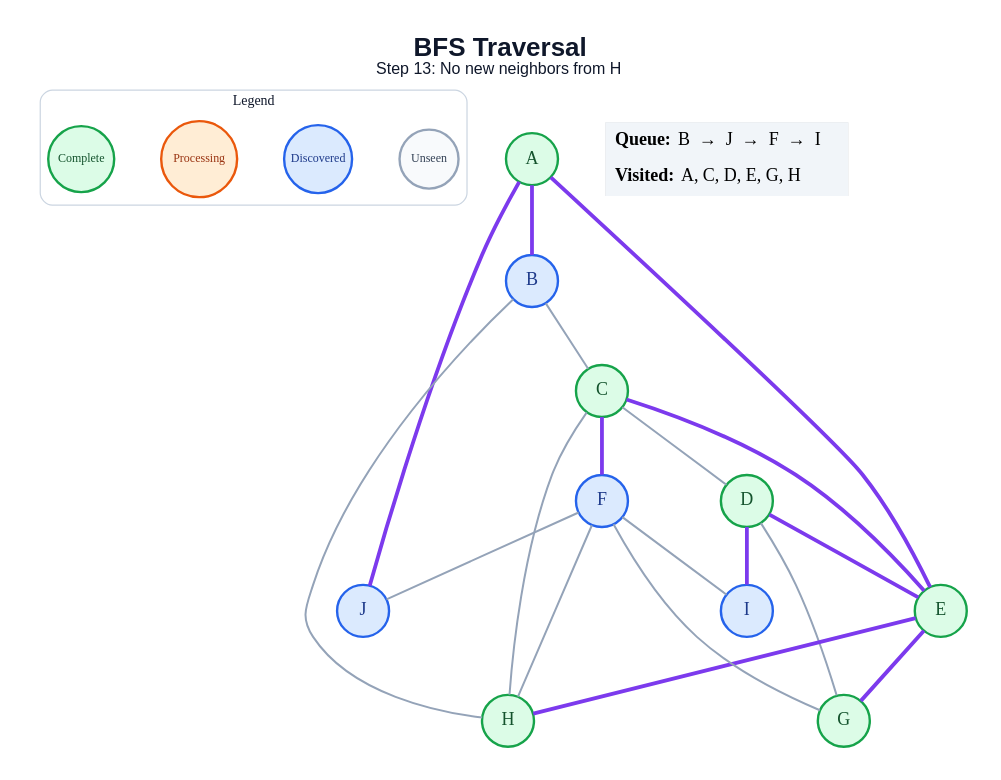
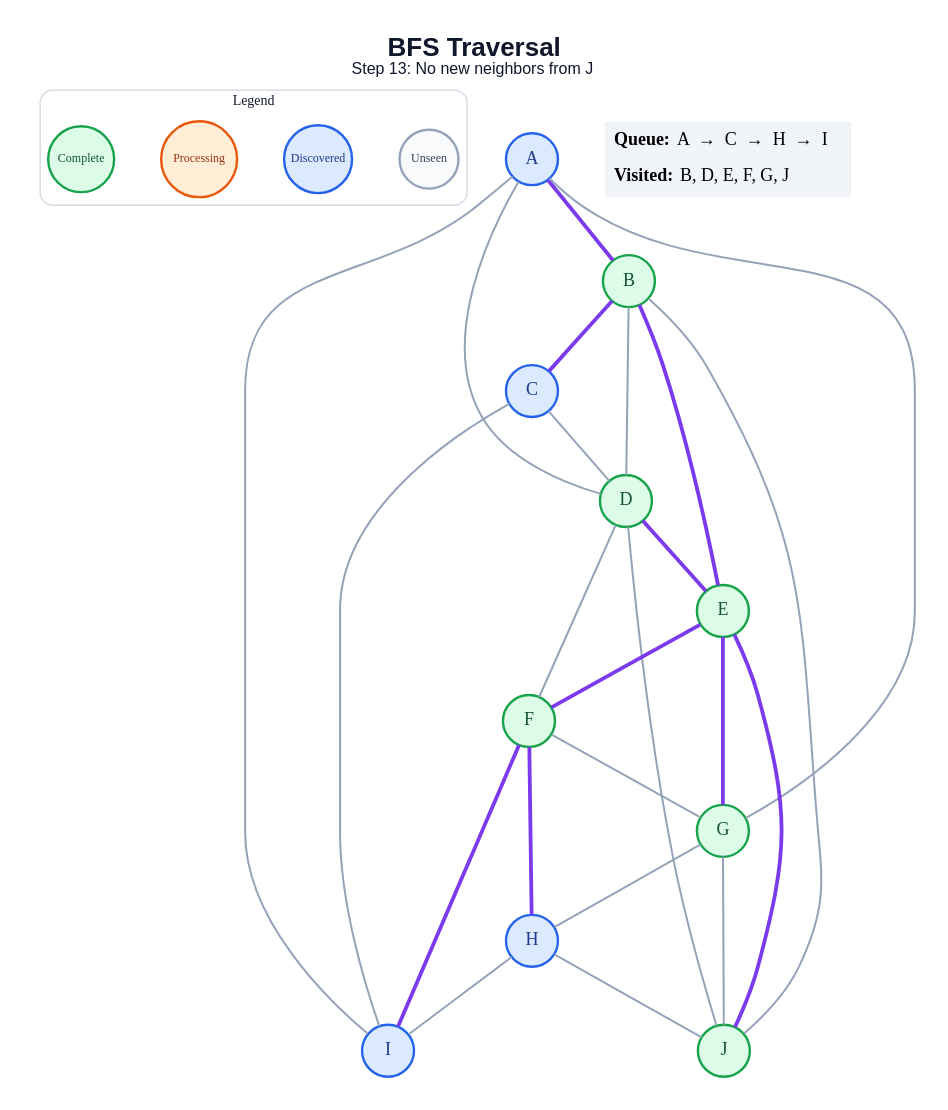
The diagram in generated/specific-node/bfs/step_13.dot (amanghodawala9/ai-slop), drawn with Graphviz before and after one commit. The commit also changed 178 other files, not shown here.

```diff
--- a/generated/specific-node/bfs/step_13.dot
+++ b/generated/specific-node/bfs/step_13.dot
@@ -1,47 +1,52 @@
 graph traversal {
   graph [layout=dot, rankdir=TB, bgcolor="#FFFFFF", pad="0.35", nodesep="0.65", ranksep="0.8", fontname="Arial"];
   node [shape=circle, style="filled", fontname="Arial Bold", fontsize=18, width=0.72, fixedsize=true, penwidth=2.4];
   edge [color="#94A3B8", penwidth=2.0];
-  label=<<B>BFS Traversal</B><BR/><FONT POINT-SIZE="16">Step 13: No new neighbors from H</FONT>>; labelloc="t"; fontsize=26; fontname="Arial"; fontcolor="#0F172A";
+  label=<<B>BFS Traversal</B><BR/><FONT POINT-SIZE="16">Step 13: No new neighbors from J</FONT>>; labelloc="t"; fontsize=26; fontname="Arial"; fontcolor="#0F172A";
   subgraph cluster_legend { label="Legend"; color="#CBD5E1"; penwidth=1.2; style="rounded"; fontsize=14; fontname="Arial Bold";
     key_unseen [label="Unseen", fillcolor="#F8FAFC", color="#94A3B8", fontcolor="#334155", fontsize=12, width=0.82];
     key_frontier [label="Discovered", fillcolor="#DBEAFE", color="#2563EB", fontcolor="#1E3A8A", fontsize=12, width=0.95];
     key_current [label="Processing", fillcolor="#FFEDD5", color="#EA580C", fontcolor="#9A3412", fontsize=12, width=1.05];
     key_done [label="Complete", fillcolor="#DCFCE7", color="#16A34A", fontcolor="#14532D", fontsize=12, width=0.92];
     { rank=same; key_unseen; key_frontier; key_current; key_done; }
   }
-  A [fillcolor="#DCFCE7", color="#16A34A", fontcolor="#14532D"];
-  B [fillcolor="#DBEAFE", color="#2563EB", fontcolor="#1E3A8A"];
-  C [fillcolor="#DCFCE7", color="#16A34A", fontcolor="#14532D"];
+  A [fillcolor="#DBEAFE", color="#2563EB", fontcolor="#1E3A8A"];
+  B [fillcolor="#DCFCE7", color="#16A34A", fontcolor="#14532D"];
+  C [fillcolor="#DBEAFE", color="#2563EB", fontcolor="#1E3A8A"];
   D [fillcolor="#DCFCE7", color="#16A34A", fontcolor="#14532D"];
   E [fillcolor="#DCFCE7", color="#16A34A", fontcolor="#14532D"];
-  F [fillcolor="#DBEAFE", color="#2563EB", fontcolor="#1E3A8A"];
+  F [fillcolor="#DCFCE7", color="#16A34A", fontcolor="#14532D"];
   G [fillcolor="#DCFCE7", color="#16A34A", fontcolor="#14532D"];
-  H [fillcolor="#DCFCE7", color="#16A34A", fontcolor="#14532D"];
+  H [fillcolor="#DBEAFE", color="#2563EB", fontcolor="#1E3A8A"];
   I [fillcolor="#DBEAFE", color="#2563EB", fontcolor="#1E3A8A"];
-  J [fillcolor="#DBEAFE", color="#2563EB", fontcolor="#1E3A8A"];
+  J [fillcolor="#DCFCE7", color="#16A34A", fontcolor="#14532D"];
   A -- B [color="#7C3AED", penwidth=3.8];
-  A -- E [color="#7C3AED", penwidth=3.8];
-  A -- J [color="#7C3AED", penwidth=3.8];
-  B -- C;
-  B -- H;
+  A -- D;
+  A -- G;
+  A -- I;
+  B -- C [color="#7C3AED", penwidth=3.8];
+  B -- D;
+  B -- E [color="#7C3AED", penwidth=3.8];
+  B -- J;
   C -- D;
-  C -- E [color="#7C3AED", penwidth=3.8];
-  C -- F [color="#7C3AED", penwidth=3.8];
-  C -- H;
+  C -- I;
   D -- E [color="#7C3AED", penwidth=3.8];
-  D -- G;
-  D -- I [color="#7C3AED", penwidth=3.8];
+  D -- F;
+  D -- J;
+  E -- F [color="#7C3AED", penwidth=3.8];
   E -- G [color="#7C3AED", penwidth=3.8];
-  E -- H [color="#7C3AED", penwidth=3.8];
+  E -- J [color="#7C3AED", penwidth=3.8];
   F -- G;
-  F -- H;
-  F -- I;
-  F -- J;
+  F -- H [color="#7C3AED", penwidth=3.8];
+  F -- I [color="#7C3AED", penwidth=3.8];
+  G -- H;
+  G -- J;
+  H -- I;
+  H -- J;
   status [shape=plain, fixedsize=false, width=0, height=0, margin=0, label=<
     <TABLE BORDER="0" CELLBORDER="0" CELLPADDING="7" BGCOLOR="#F1F5F9">
-      <TR><TD ALIGN="LEFT"><B>Queue:</B> B  →  J  →  F  →  I</TD></TR>
-      <TR><TD ALIGN="LEFT"><B>Visited:</B> A, C, D, E, G, H</TD></TR>
+      <TR><TD ALIGN="LEFT"><B>Queue:</B> A  →  C  →  H  →  I</TD></TR>
+      <TR><TD ALIGN="LEFT"><B>Visited:</B> B, D, E, F, G, J</TD></TR>
     </TABLE>
   >];
 }
```
